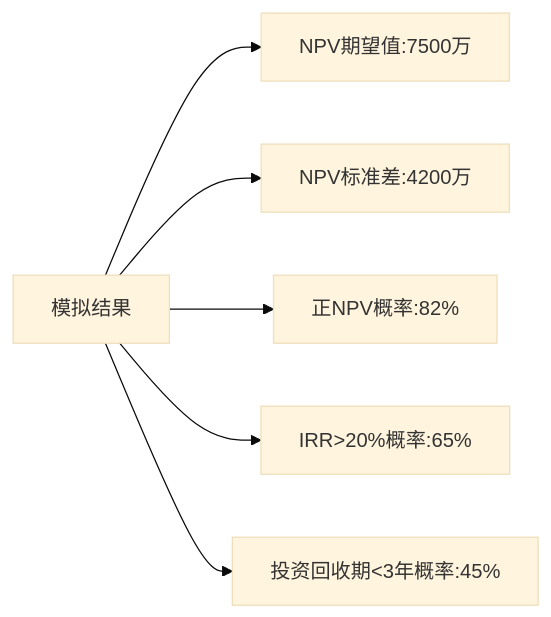
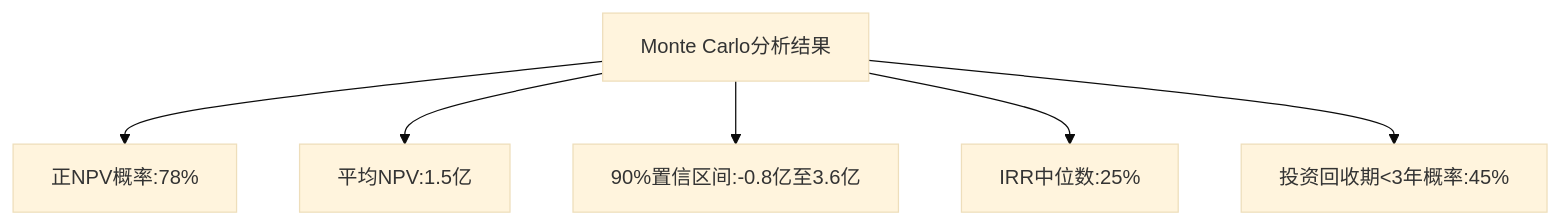
The first of 2 diagrams in src/site/notes/08-财务专业/财务BP/学习内容/BP工具与模板/高级分析/Monte Carlo模拟工具.md (amcoimg/my-digital-garden), drawn with Mermaid (base theme) before and after one commit. The commit also changed other lines of this file, not shown here.

````diff
--- a/src/site/notes/08-财务专业/财务BP/学习内容/BP工具与模板/高级分析/Monte Carlo模拟工具.md
+++ b/src/site/notes/08-财务专业/财务BP/学习内容/BP工具与模板/高级分析/Monte Carlo模拟工具.md
@@ -314,8 +321,8 @@
-   ```mermaid
-   graph LR
-       A[模拟结果] --> B[NPV期望值:7500万]
-       A --> C[NPV标准差:4200万]
-       A --> D[正NPV概率:82%]
-       A --> E[IRR>20%概率:65%]
-       A --> F[投资回收期<3年概率:45%]
-   ```
+```mermaid
+graph TD
+    A[Monte Carlo分析结果] --> B[正NPV概率:78%]
+    A --> C[平均NPV:1.5亿]
+    A --> D[90%置信区间:-0.8亿至3.6亿]
+    A --> E[IRR中位数:25%]
+    A --> F[投资回收期&lt;3年概率:45%]
+```
````
